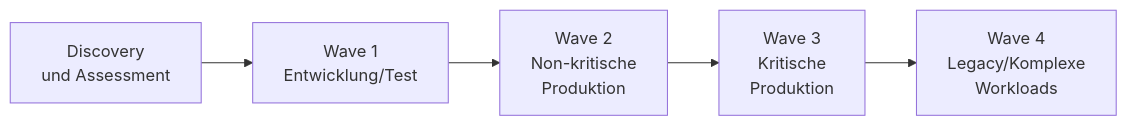
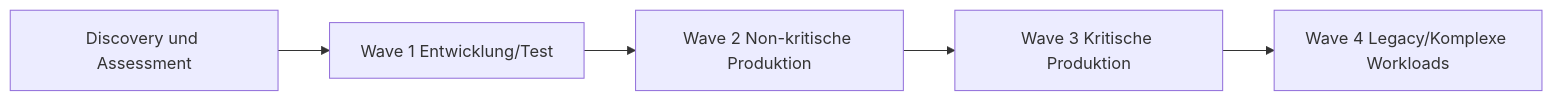
Before and after one commit to SoniiiT/notes-n-docs: the seventh of 8 diagrams in Microsoft 365/Azure/Monitor und Management/Azure Migrate.md, drawn with Mermaid. The commit also changed other lines of this file and 124 other files, not shown here.

First line of the commit message:
fix: Entferne \n aus allen Mermaid-Diagrammen (125 Dateien)

````diff
--- a/Microsoft 365/Azure/Monitor und Management/Azure Migrate.md
+++ b/Microsoft 365/Azure/Monitor und Management/Azure Migrate.md
@@ -334,7 +334,7 @@
 ```mermaid
 graph LR
-    A[Discovery\nund Assessment] --> B[Wave 1\nEntwicklung/Test]
-    B --> C[Wave 2\nNon-kritische\nProduktion]
-    C --> D[Wave 3\nKritische\nProduktion]
-    D --> E[Wave 4\nLegacy/Komplexe\nWorkloads]
+    A[Discovery und Assessment] --> B[Wave 1 Entwicklung/Test]
+    B --> C[Wave 2 Non-kritische Produktion]
+    C --> D[Wave 3 Kritische Produktion]
+    D --> E[Wave 4 Legacy/Komplexe Workloads]
 ```
````
